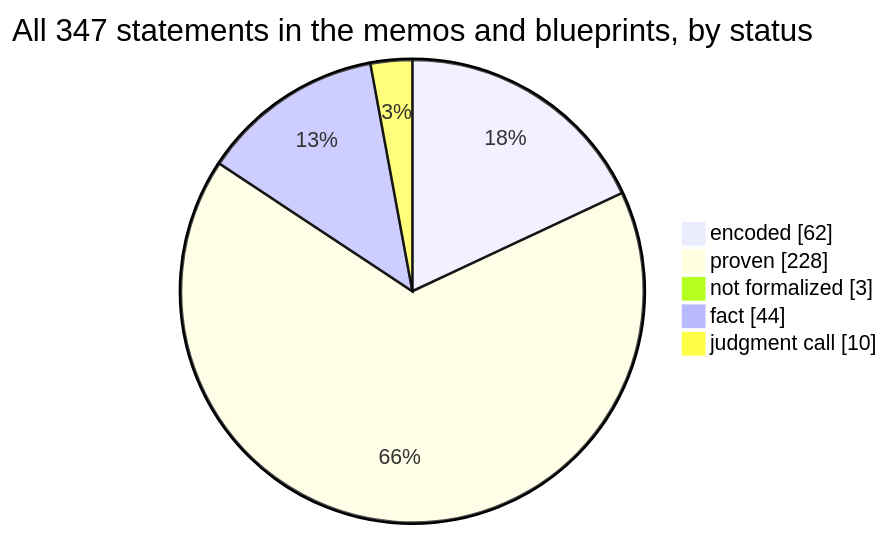
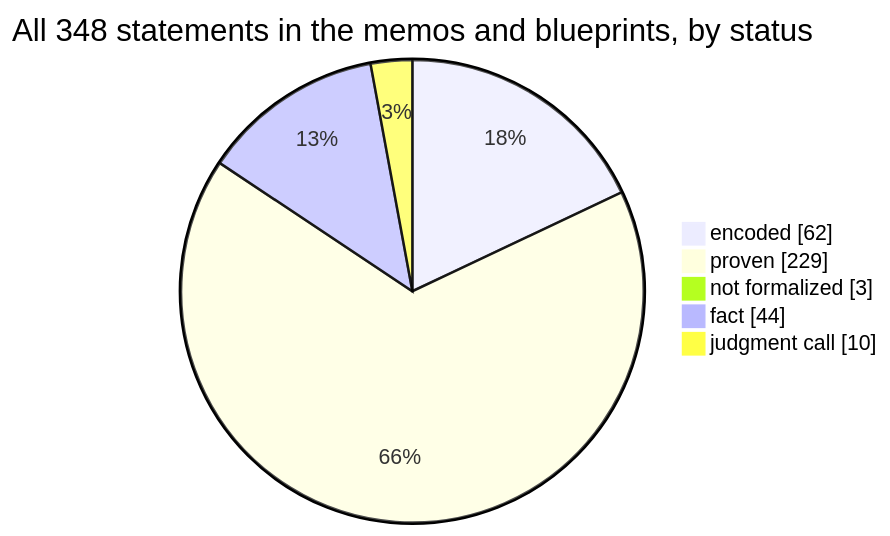
The first of 4 diagrams in docs/graphs/dashboard.md (SeanWMurray/Canteen), drawn with Mermaid before and after one commit. The commit also changed other lines of this file and 24 other files, not shown here.

````diff
--- a/docs/graphs/dashboard.md
+++ b/docs/graphs/dashboard.md
@@ -11,8 +11,8 @@
 ```mermaid
-pie showData title All 347 statements in the memos and blueprints, by status
+pie showData title All 348 statements in the memos and blueprints, by status
     "encoded" : 62
-    "proven" : 228
+    "proven" : 229
     "not formalized" : 3
     "fact" : 44
     "judgment call" : 10
 ```
````
